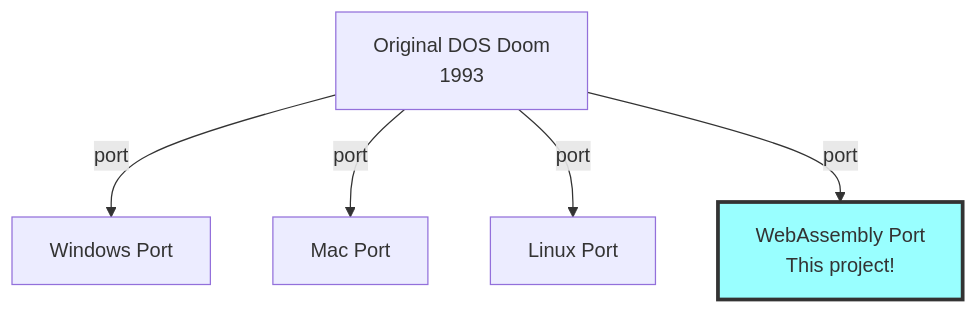
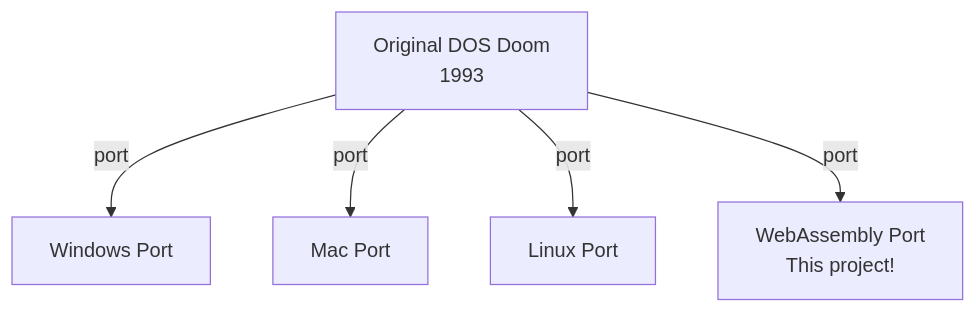
Before and after one commit to GithubAnant/doomtcha: the third of 11 diagrams in opus-docs/doom-wasm-explained.md, drawn with Mermaid. The commit also changed other lines of this file, not shown here.

Commit message:
refactor: remove explicit styling from Mermaid diagrams in documentation

````diff
--- a/opus-docs/doom-wasm-explained.md
+++ b/opus-docs/doom-wasm-explained.md
@@ -65,9 +62,9 @@
 ```mermaid
 flowchart TD
     OG[Original DOS Doom<br/>1993] --> |port| Win[Windows Port]
     OG --> |port| Mac[Mac Port]
     OG --> |port| Lin[Linux Port]
     OG --> |port| WASM[WebAssembly Port<br/>This project!]
 
-    style WASM fill:#9ff,stroke:#333,stroke-width:3px
+
 ```
````
